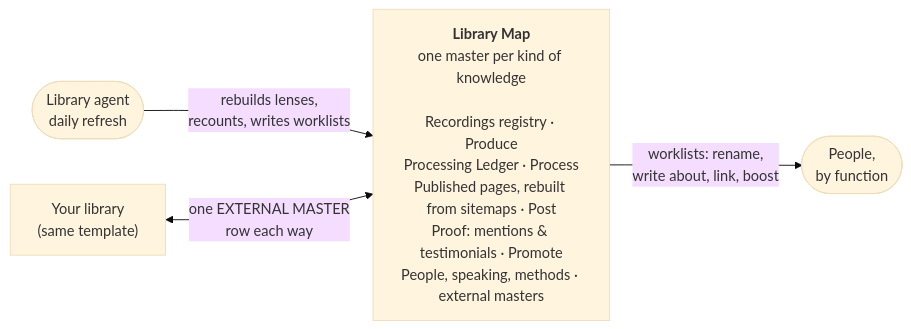
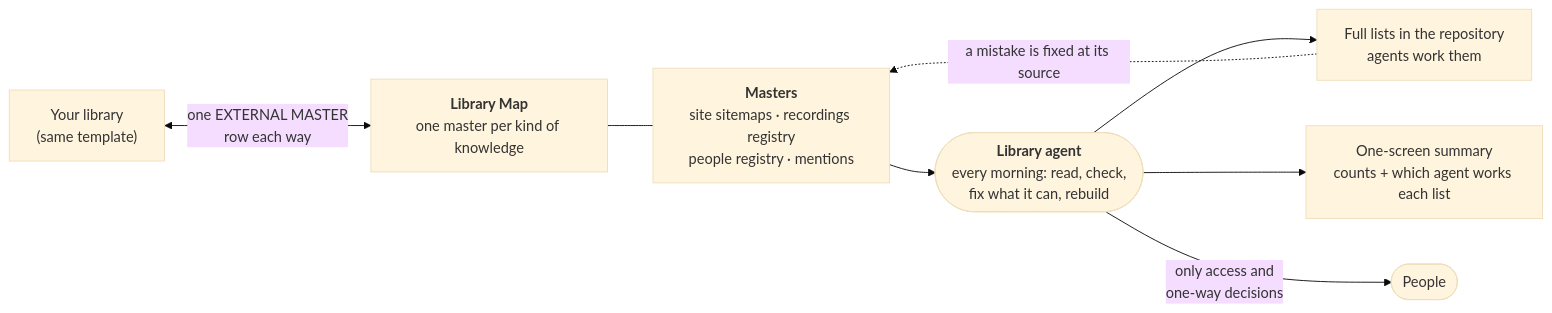
Before and after one commit to dennisyu/local-service-spotlight-skills: the diagram in docs/content-library/README.md, drawn with Mermaid (base theme). The commit also changed other lines of this file and 6 other files, not shown here.

First line of the commit message:
content-library-keeper: agents work the lists; people see one screen

````diff
--- a/docs/content-library/README.md
+++ b/docs/content-library/README.md
@@ -5,7 +5,10 @@
 ```mermaid
 flowchart LR
-  AGENT(["Library agent<br/>daily refresh"]) -->|"rebuilds lenses,<br/>recounts, writes worklists"| MAP
-  MAP["<b>Library Map</b><br/>one master per kind of knowledge<br/><br/>Recordings registry · Produce<br/>Processing Ledger · Process<br/>Published pages, rebuilt from sitemaps · Post<br/>Proof: mentions & testimonials · Promote<br/>People, speaking, methods · external masters"]
-  MAP -->|"worklists: rename,<br/>write about, link, boost"| TEAM(["People,<br/>by function"])
+  MAP["<b>Library Map</b><br/>one master per kind of knowledge"] --- SRC
+  SRC["<b>Masters</b><br/>site sitemaps · recordings registry<br/>people registry · mentions"] --> AGENT(["<b>Library agent</b><br/>every morning: read, check,<br/>fix what it can, rebuild"])
+  AGENT --> LISTS["Full lists in the repository<br/>agents work them"]
+  AGENT --> SUM["One-screen summary<br/>counts + which agent works each list"]
+  AGENT -->|"only access and<br/>one-way decisions"| PEOPLE(["People"])
+  LISTS -. "a mistake is fixed at its source" .-> SRC
   SPOKE["Your library<br/>(same template)"] <-->|"one EXTERNAL MASTER<br/>row each way"| MAP
 ```
````
